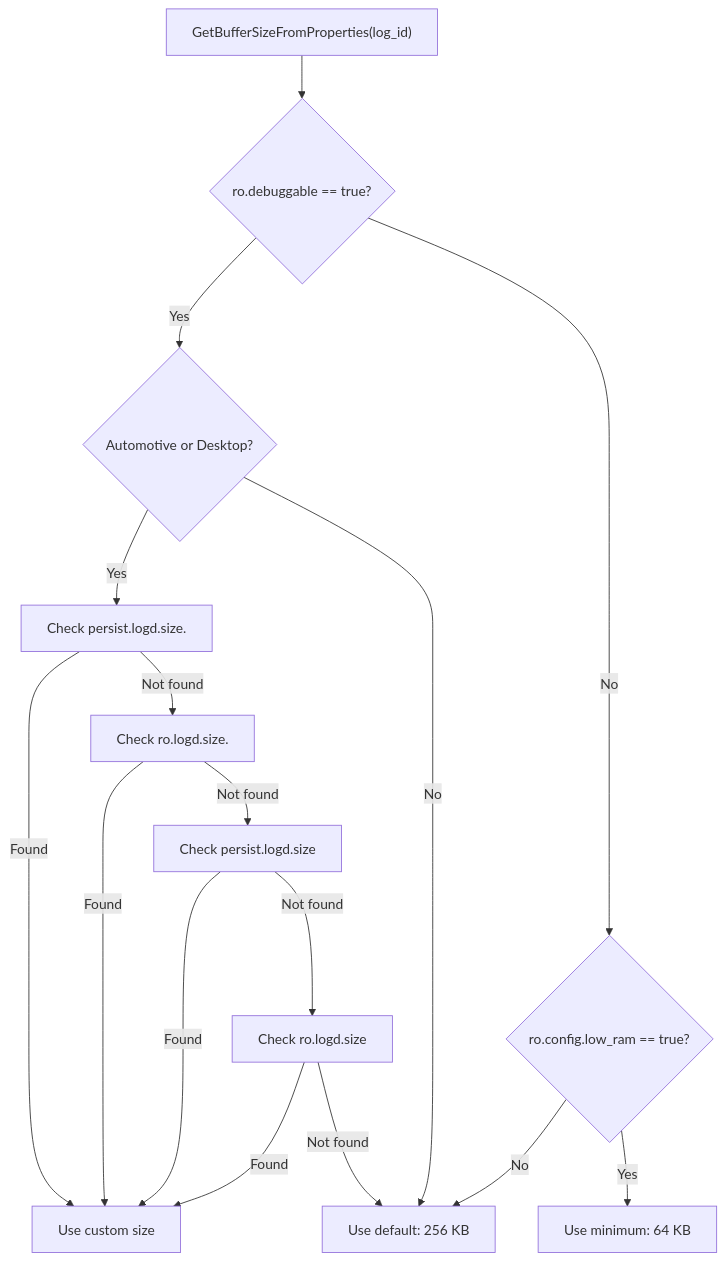
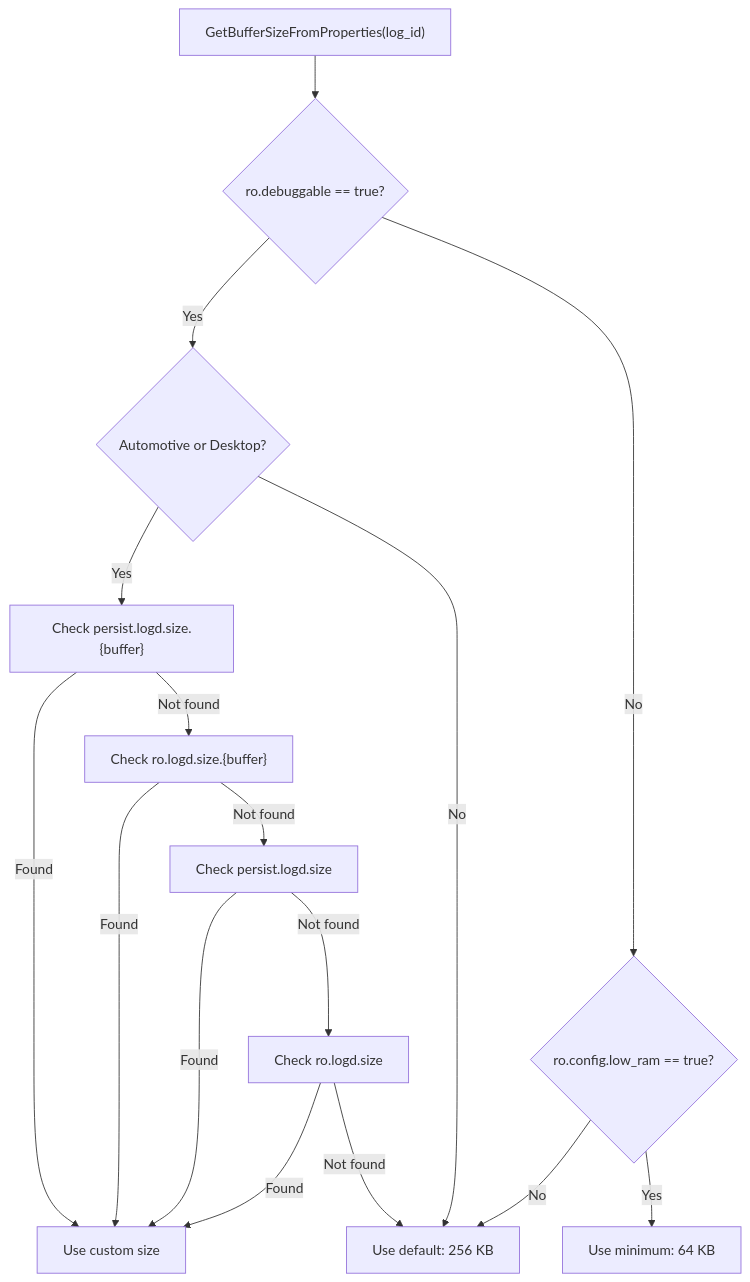
The sixth of 35 diagrams in 56-debugging-tools.md (fwrite0920/aosp-internal-book), drawn with Mermaid before and after one commit. The commit also changed other lines of this file and 21 other files, not shown here.

First line of the commit message:
Fix Mermaid diagrams and formatting in Parts IX-XV and Appendix A (chapters 40-63)

````diff
--- a/56-debugging-tools.md
+++ b/56-debugging-tools.md
@@ -581,20 +581,20 @@
 ```mermaid
 flowchart TD
     A["GetBufferSizeFromProperties(log_id)"]
     A --> B{"ro.debuggable == true?"}
     B -- Yes --> C{"Automotive or Desktop?"}
-    C -- Yes --> D["Check persist.logd.size.<buffer>"]
+    C -- Yes --> D["Check persist.logd.size.{buffer}"]
     D -- Found --> E["Use custom size"]
-    D -- Not found --> F["Check ro.logd.size.<buffer>"]
+    D -- Not found --> F["Check ro.logd.size.{buffer}"]
     F -- Found --> E
     F -- Not found --> G["Check persist.logd.size"]
     G -- Found --> E
     G -- Not found --> H["Check ro.logd.size"]
     H -- Found --> E
     H -- Not found --> I["Use default: 256 KB"]
 
     C -- No --> I
     B -- No --> J{"ro.config.low_ram == true?"}
     J -- Yes --> K["Use minimum: 64 KB"]
     J -- No --> I
 ```
````
